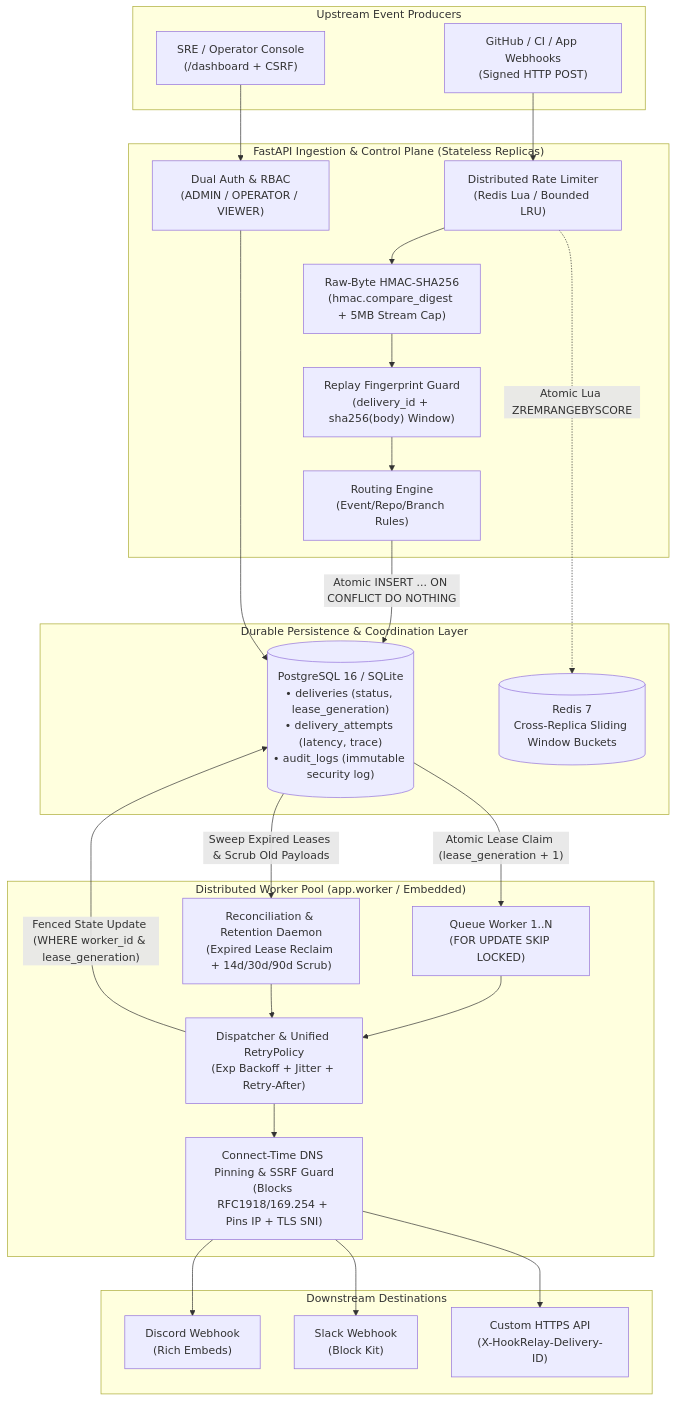
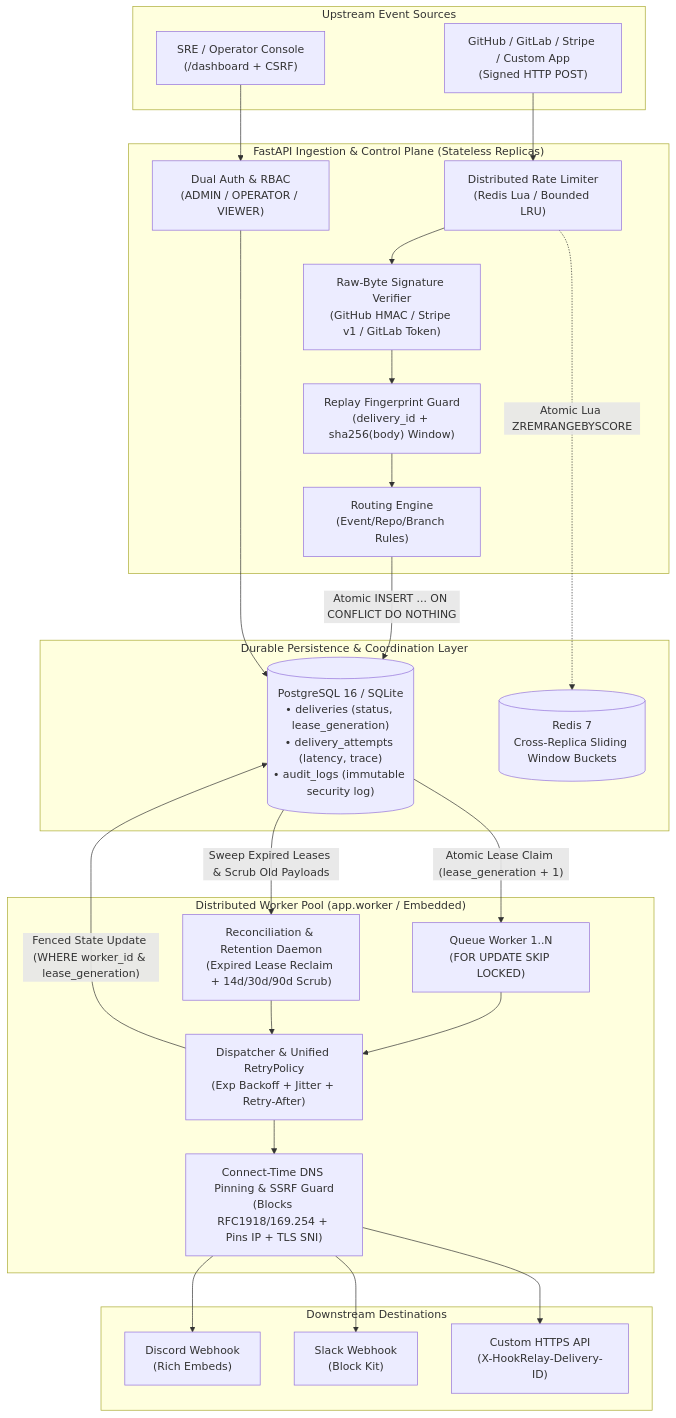
One commit to Abhishek-Gali/HookRelay changed the first of 2 diagrams in README.md. Above: the diagram before and after it, drawn with Mermaid. The commit also changed other lines of this file and 7 other files, not shown here.

Commit message:
feat: add chaos recovery demo, multi-source webhooks (Stripe/GitLab/Custom), high-conversion README & contributor templates

````diff
--- a/README.md
+++ b/README.md
@@ -54,46 +144,46 @@
 ```mermaid
 flowchart TD
-    subgraph Producers["Upstream Event Producers"]
-        GH["GitHub / CI / App Webhooks<br/>(Signed HTTP POST)"]
+    subgraph Producers["Upstream Event Sources"]
+        GH["GitHub / GitLab / Stripe / Custom App<br/>(Signed HTTP POST)"]
         OP["SRE / Operator Console<br/>(/dashboard + CSRF)"]
     end
 
     subgraph Gateway["FastAPI Ingestion & Control Plane (Stateless Replicas)"]
         RL["Distributed Rate Limiter<br/>(Redis Lua / Bounded LRU)"]
-        HMAC["Raw-Byte HMAC-SHA256<br/>(hmac.compare_digest + 5MB Stream Cap)"]
+        HMAC["Raw-Byte Signature Verifier<br/>(GitHub HMAC / Stripe v1 / GitLab Token)"]
         REPLAY["Replay Fingerprint Guard<br/>(delivery_id + sha256(body) Window)"]
         ROUTE["Routing Engine<br/>(Event/Repo/Branch Rules)"]
         RBAC["Dual Auth & RBAC<br/>(ADMIN / OPERATOR / VIEWER)"]
     end
 
     subgraph Storage["Durable Persistence & Coordination Layer"]
         DB[("PostgreSQL 16 / SQLite<br/>• deliveries (status, lease_generation)<br/>• delivery_attempts (latency, trace)<br/>• audit_logs (immutable security log)")]
         REDIS[("Redis 7<br/>Cross-Replica Sliding Window Buckets")]
     end
 
     subgraph Workers["Distributed Worker Pool (app.worker / Embedded)"]
         W1["Queue Worker 1..N<br/>(FOR UPDATE SKIP LOCKED)"]
         REC["Reconciliation & Retention Daemon<br/>(Expired Lease Reclaim + 14d/30d/90d Scrub)"]
         DISPATCH["Dispatcher & Unified RetryPolicy<br/>(Exp Backoff + Jitter + Retry-After)"]
         SSRF["Connect-Time DNS Pinning & SSRF Guard<br/>(Blocks RFC1918/169.254 + Pins IP + TLS SNI)"]
     end
 
     subgraph Targets["Downstream Destinations"]
         DISC["Discord Webhook<br/>(Rich Embeds)"]
         SLACK["Slack Webhook<br/>(Block Kit)"]
         HTTP["Custom HTTPS API<br/>(X-HookRelay-Delivery-ID)"]
     end
 
     GH --> RL --> HMAC --> REPLAY --> ROUTE
     ROUTE -- "Atomic INSERT ... ON CONFLICT DO NOTHING" --> DB
     RL -. "Atomic Lua ZREMRANGEBYSCORE" .-> REDIS
     OP --> RBAC --> DB
 
     DB -- "Atomic Lease Claim (lease_generation + 1)" --> W1
     DB -- "Sweep Expired Leases & Scrub Old Payloads" --> REC
     W1 --> DISPATCH
     REC --> DISPATCH
     DISPATCH --> SSRF
     SSRF --> DISC & SLACK & HTTP
     DISPATCH -- "Fenced State Update (WHERE worker_id & lease_generation)" --> DB
 ```
````
